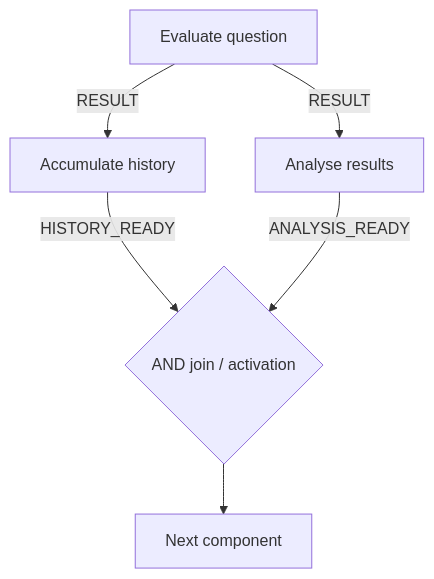
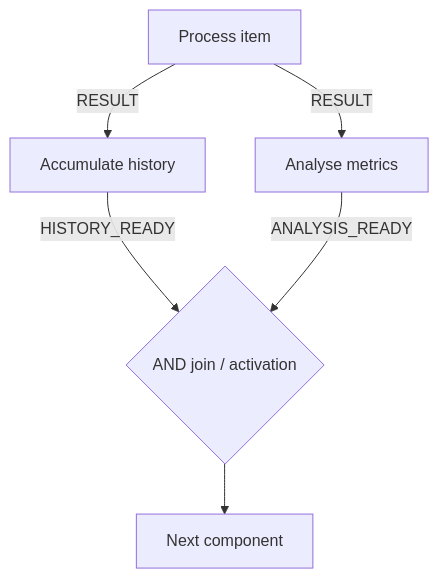
One commit to lodivandijk/architecture changed the fourth of 6 diagrams in Governed_Execution_Graph_Architecture_v0.1.md. Above: the diagram before and after it, drawn with Mermaid. The commit also changed other lines of this file, not shown here.

Commit message:
Update architecture specification to v0.2

````diff
--- a/Governed_Execution_Graph_Architecture_v0.1.md
+++ b/Governed_Execution_Graph_Architecture_v0.1.md
@@ -288,8 +287,8 @@
 ```mermaid
 flowchart TD
-  E[Evaluate question] -->|RESULT| H[Accumulate history]
-  E -->|RESULT| A[Analyse results]
+  E[Process item] -->|RESULT| H[Accumulate history]
+  E -->|RESULT| A[Analyse metrics]
   H -->|HISTORY_READY| J{AND join / activation}
   A -->|ANALYSIS_READY| J
   J --> N[Next component]
 ```
````
